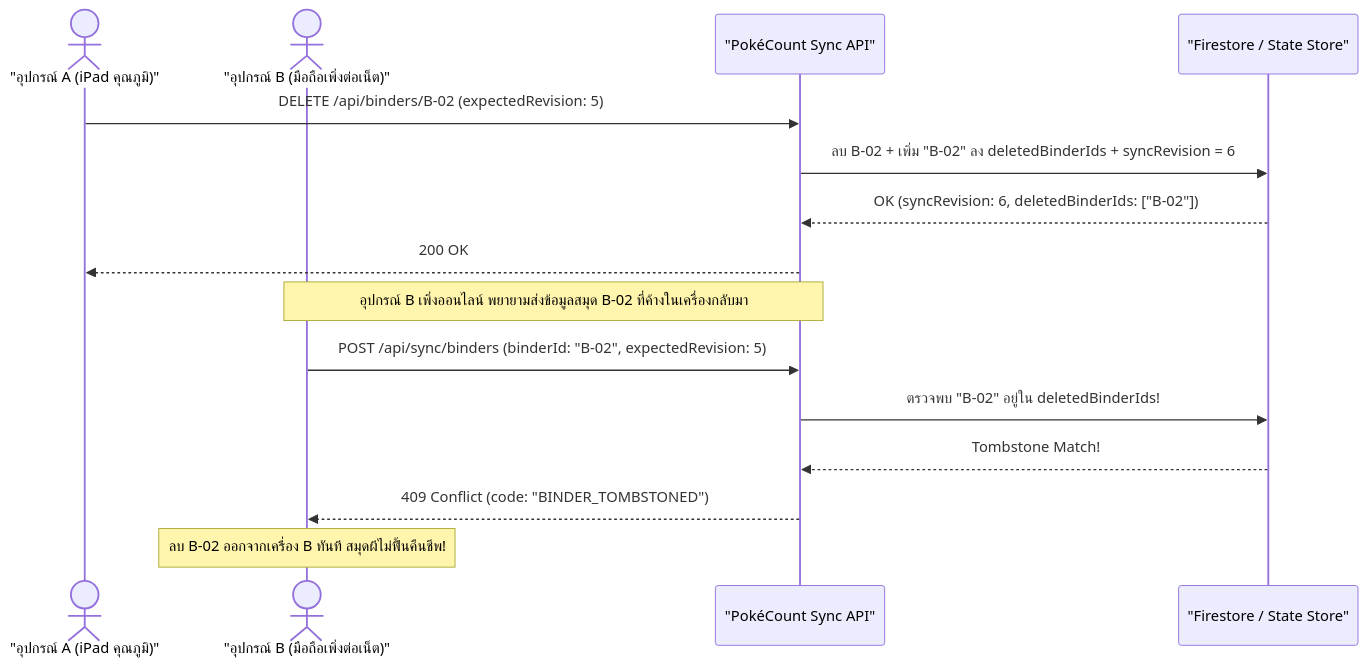
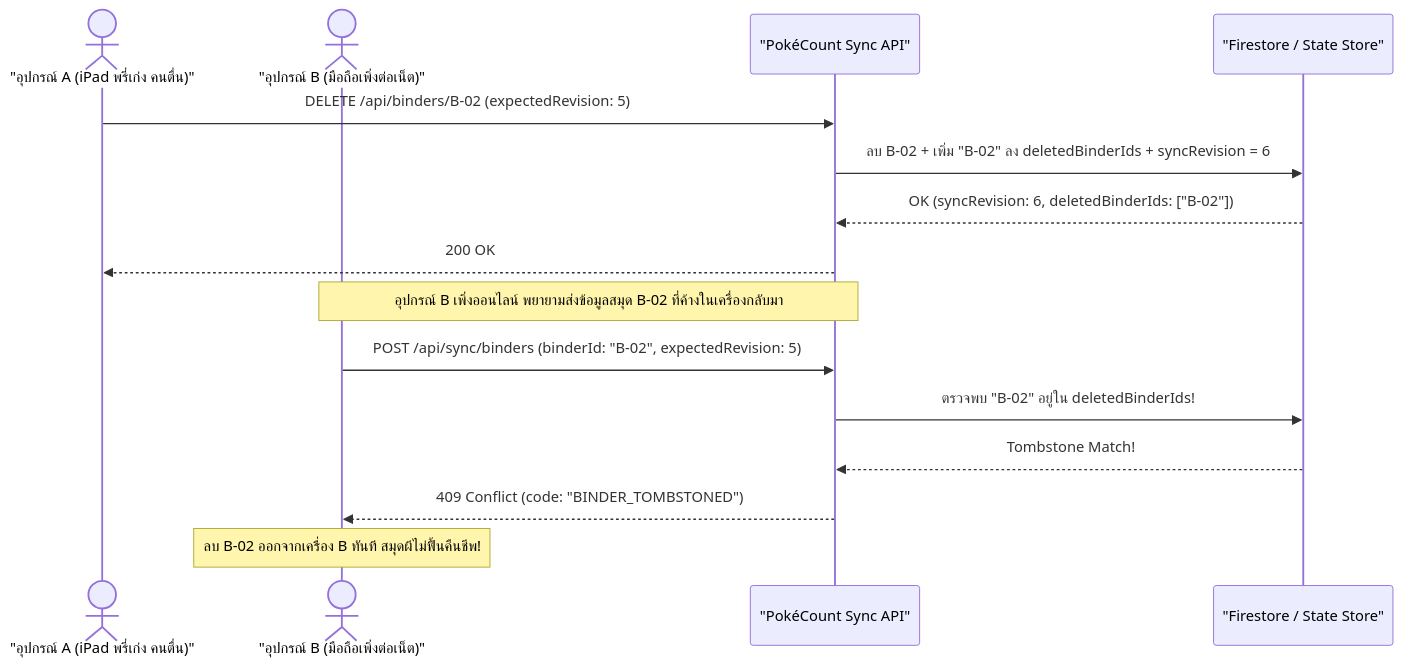
One commit to sadin911/Group2CWN changed the fifth of 5 diagrams in DESIGN.md. Above: the diagram before and after it, drawn with Mermaid. The commit also changed other lines of this file and 8 other files, not shown here.

````diff
--- a/DESIGN.md
+++ b/DESIGN.md
@@ -165,19 +165,19 @@
 ```mermaid
 sequenceDiagram
-    actor DevA as "อุปกรณ์ A (iPad คุณภูมิ)"
+    actor DevA as "อุปกรณ์ A (iPad พรี่เก่ง คนตื่น)"
     actor DevB as "อุปกรณ์ B (มือถือเพิ่งต่อเน็ต)"
     participant API as "PokéCount Sync API"
     participant DB as "Firestore / State Store"
 
     DevA->>API: DELETE /api/binders/B-02 (expectedRevision: 5)
     API->>DB: ลบ B-02 + เพิ่ม "B-02" ลง deletedBinderIds + syncRevision = 6
     DB-->>API: OK (syncRevision: 6, deletedBinderIds: ["B-02"])
     API-->>DevA: 200 OK
 
     Note over DevB,API: อุปกรณ์ B เพิ่งออนไลน์ พยายามส่งข้อมูลสมุด B-02 ที่ค้างในเครื่องกลับมา
     DevB->>API: POST /api/sync/binders (binderId: "B-02", expectedRevision: 5)
     API->>DB: ตรวจพบ "B-02" อยู่ใน deletedBinderIds!
     DB-->>API: Tombstone Match!
     API-->>DevB: 409 Conflict (code: "BINDER_TOMBSTONED")
     Note over DevB: ลบ B-02 ออกจากเครื่อง B ทันที สมุดผีไม่ฟื้นคืนชีพ!
 ```
````
